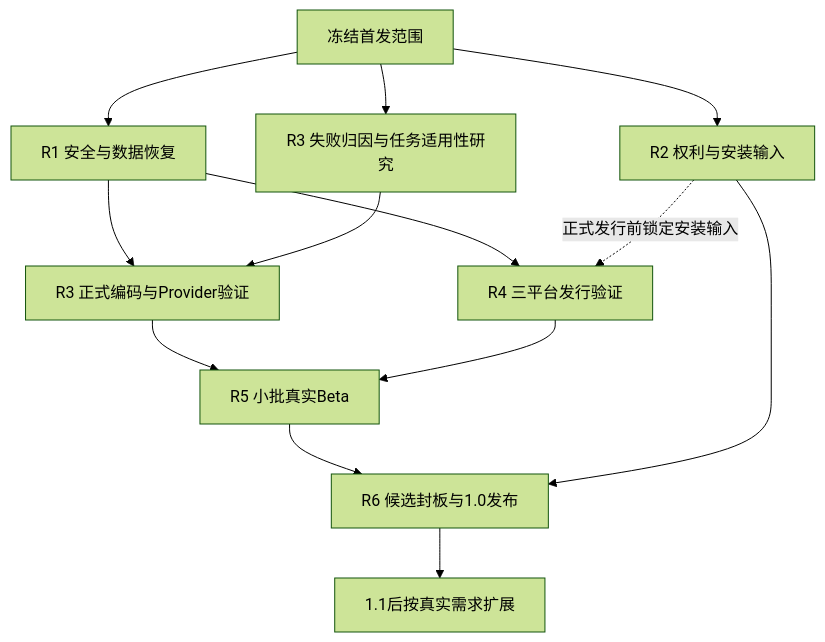
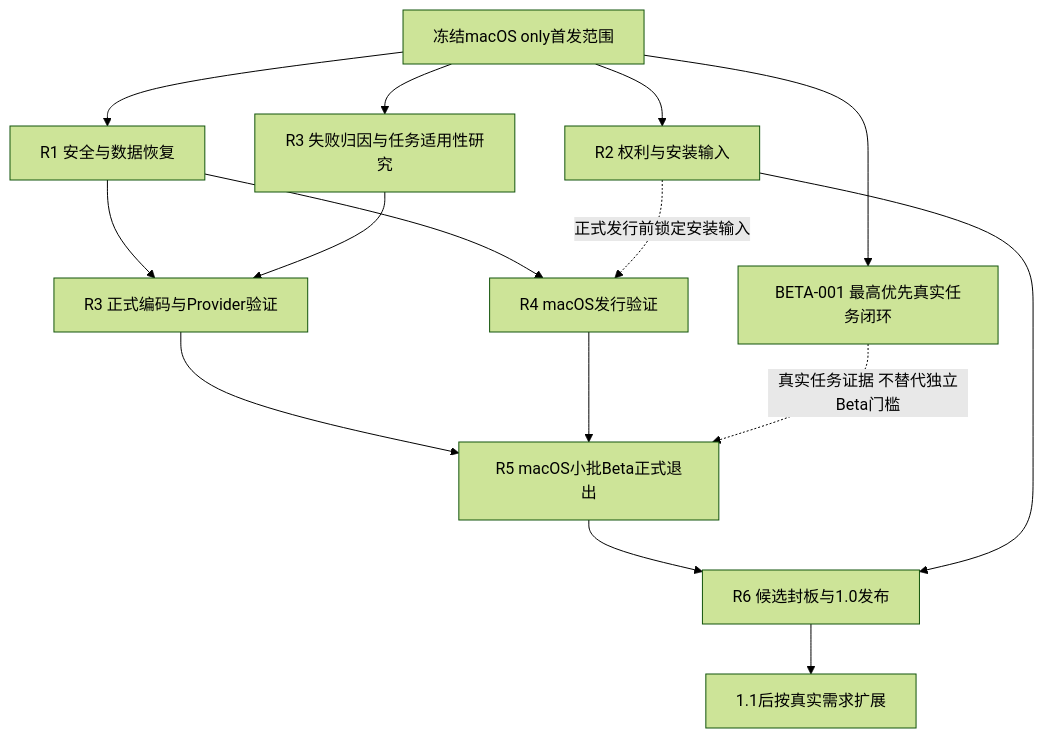
One commit to carrie1988/Harnessix changed the second of 3 diagrams in docs/changes/m09-to-v1-release-scope-convergence.md. Above: the diagram before and after it, drawn with Mermaid (forest theme). The commit also changed other lines of this file and 16 other files, not shown here.

Commit message:
fix: scope first release to macOS and bound Beta task budget

````diff
--- a/docs/changes/m09-to-v1-release-scope-convergence.md
+++ b/docs/changes/m09-to-v1-release-scope-convergence.md
@@ -154,15 +163,17 @@
 ```mermaid
 flowchart TD
-    Scope[冻结首发范围] --> R1[R1 安全与数据恢复]
+    Scope[冻结macOS only首发范围] --> R1[R1 安全与数据恢复]
+    Scope --> Beta[BETA-001 最高优先真实任务闭环]
     Scope --> R2[R2 权利与安装输入]
     Scope --> Study[R3 失败归因与任务适用性研究]
     R1 --> R3[R3 正式编码与Provider验证]
     Study --> R3
-    R1 --> R4[R4 三平台发行验证]
+    R1 --> R4[R4 macOS发行验证]
     R2 -. 正式发行前锁定安装输入 .-> R4
-    R3 --> R5[R5 小批真实Beta]
+    R3 --> R5[R5 macOS小批Beta正式退出]
     R4 --> R5
+    Beta -. 真实任务证据 不替代独立Beta门槛 .-> R5
     R5 --> R6[R6 候选封板与1.0发布]
     R2 --> R6
     R6 --> Later[1.1后按真实需求扩展]
 ```
````
